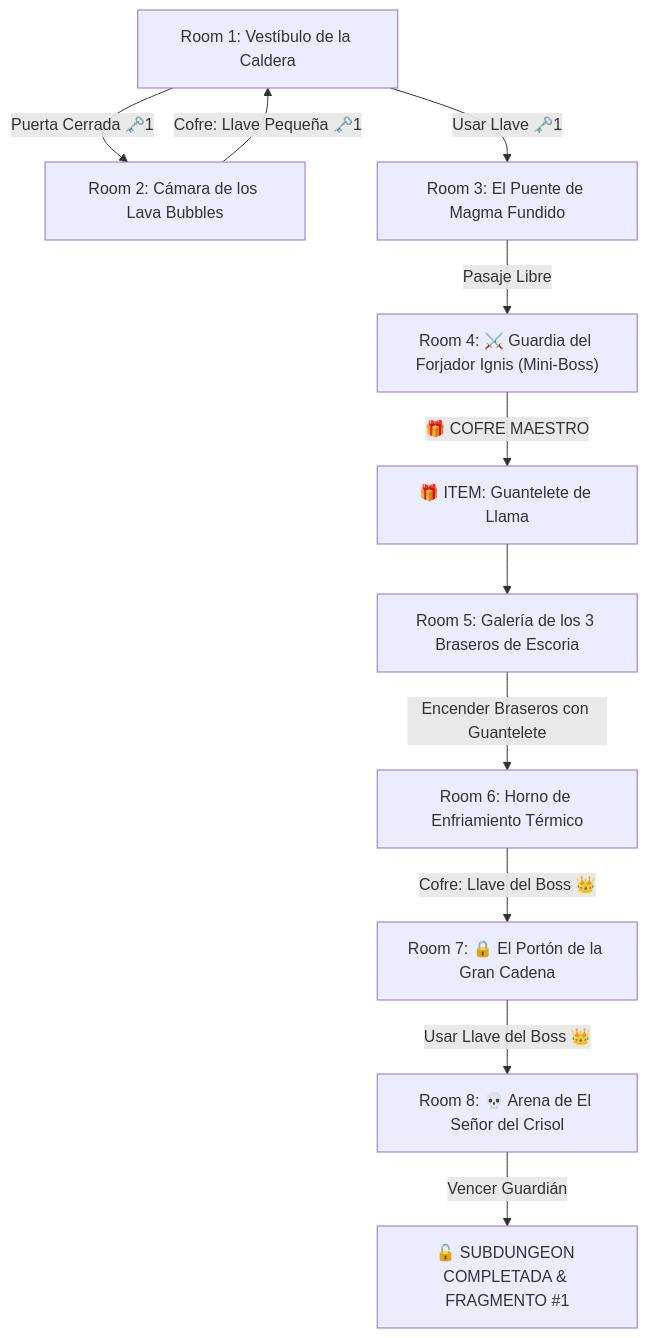
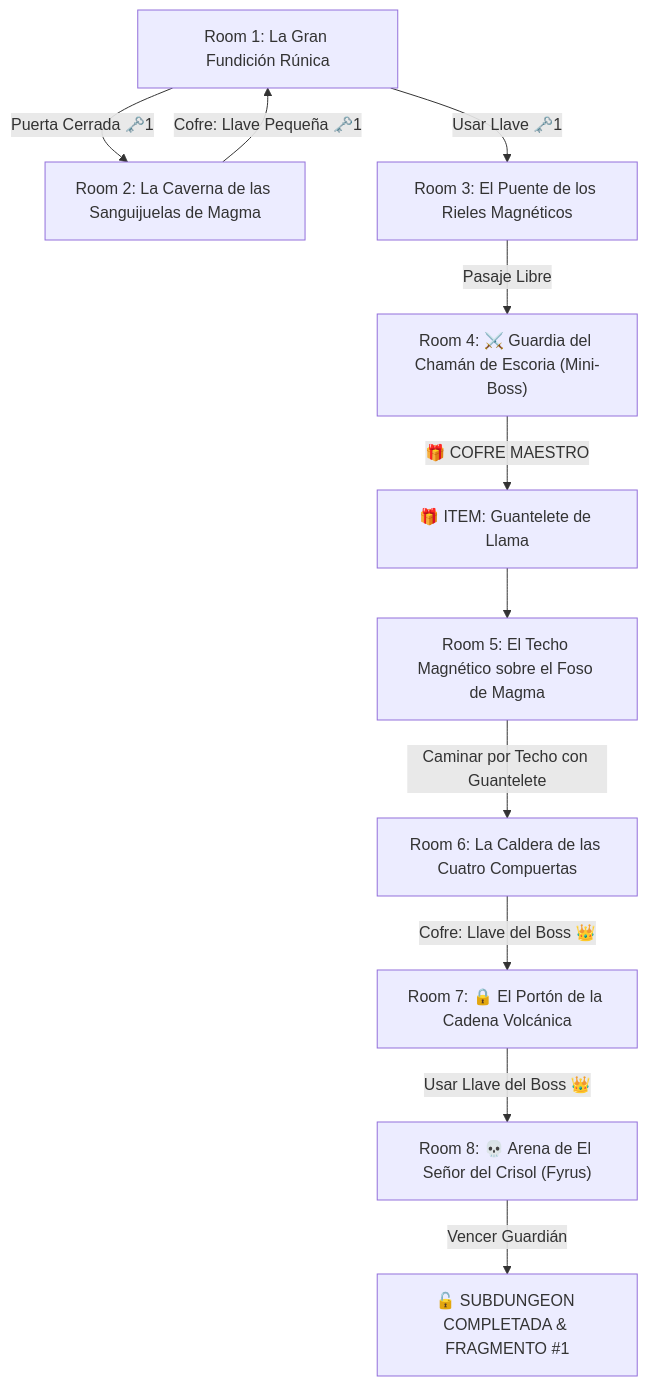
One commit to linkmati/ShivathLyss changed the diagram in 7 - DM/OneShots/ARepeat/Subdungeons/01_Subdungeon_Fuego_Caldera.md. Above: the diagram before and after it, drawn with Mermaid. The commit also changed other lines of this file and 22 other files, not shown here.

````diff
--- a/7 - DM/OneShots/ARepeat/Subdungeons/01_Subdungeon_Fuego_Caldera.md
+++ b/7 - DM/OneShots/ARepeat/Subdungeons/01_Subdungeon_Fuego_Caldera.md
@@ -13,13 +14,13 @@
 ```mermaid
 graph TD
-    S1["Room 1: Vestíbulo de la Caldera"] -->|Puerta Cerrada 🗝️1| S2["Room 2: Cámara de los Lava Bubbles"]
+    S1["Room 1: La Gran Fundición Rúnica"] -->|Puerta Cerrada 🗝️1| S2["Room 2: La Caverna de las Sanguijuelas de Magma"]
     S2 -->|Cofre: Llave Pequeña 🗝️1| S1
-    S1 -->|Usar Llave 🗝️1| S3["Room 3: El Puente de Magma Fundido"]
-    S3 -->|Pasaje Libre| S4["Room 4: ⚔️ Guardia del Forjador Ignis (Mini-Boss)"]
+    S1 -->|Usar Llave 🗝️1| S3["Room 3: El Puente de los Rieles Magnéticos"]
+    S3 -->|Pasaje Libre| S4["Room 4: ⚔️ Guardia del Chamán de Escoria (Mini-Boss)"]
     S4 -->|🎁 COFRE MAESTRO| Item["🎁 ITEM: Guantelete de Llama"]
-    Item --> S5["Room 5: Galería de los 3 Braseros de Escoria"]
-    S5 -->|Encender Braseros con Guantelete| S6["Room 6: Horno de Enfriamiento Térmico"]
-    S6 -->|Cofre: Llave del Boss 👑| S7["Room 7: 🔒 El Portón de la Gran Cadena"]
-    S7 -->|Usar Llave del Boss 👑| S8["Room 8: 💀 Arena de El Señor del Crisol"]
+    Item --> S5["Room 5: El Techo Magnético sobre el Foso de Magma"]
+    S5 -->|Caminar por Techo con Guantelete| S6["Room 6: La Caldera de las Cuatro Compuertas"]
+    S6 -->|Cofre: Llave del Boss 👑| S7["Room 7: 🔒 El Portón de la Cadena Volcánica"]
+    S7 -->|Usar Llave del Boss 👑| S8["Room 8: 💀 Arena de El Señor del Crisol (Fyrus)"]
     S8 -->|Vencer Guardián| Win["🔓 SUBDUNGEON COMPLETADA & FRAGMENTO #1"]
 ```
````
